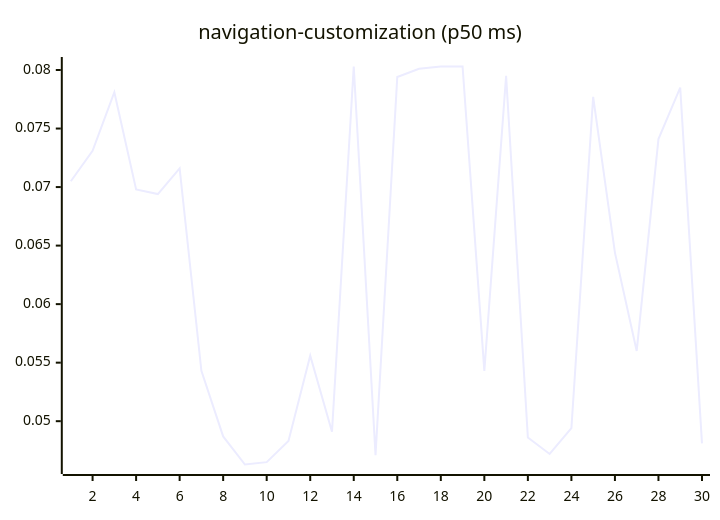
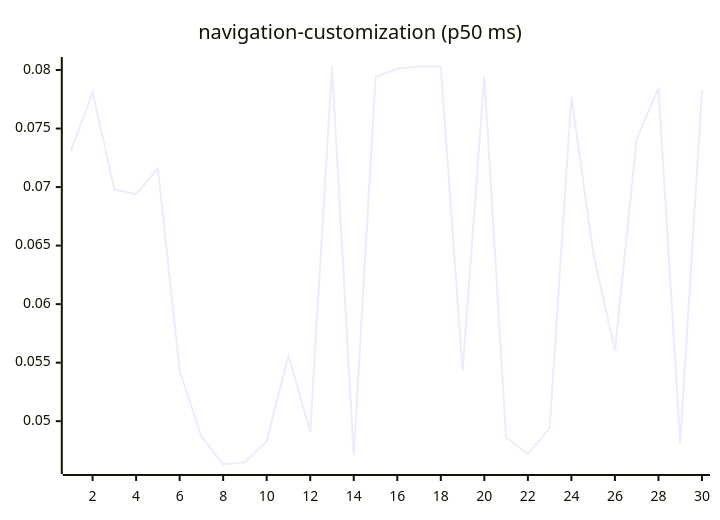
One commit to josha/Facet changed diagram 15 of 27 in README.md. Above: the diagram before and after it, drawn with Mermaid. The commit also changed other lines of this file and 2 other files, not shown here.

````diff
--- a/README.md
+++ b/README.md
@@ -161,6 +161,6 @@
 ```mermaid
 xychart-beta
     title "navigation-customization (p50 ms)"
     x-axis 1 --> 30
-    line [0.0705, 0.0731, 0.0781, 0.0698, 0.0694, 0.0716, 0.0543, 0.0487, 0.0463, 0.0465, 0.0483, 0.0556, 0.0491, 0.0803, 0.0471, 0.0794, 0.0801, 0.0803, 0.0803, 0.0543, 0.0795, 0.0486, 0.0472, 0.0494, 0.0777, 0.0644, 0.0560, 0.0741, 0.0785, 0.0481]
+    line [0.0731, 0.0781, 0.0698, 0.0694, 0.0716, 0.0543, 0.0487, 0.0463, 0.0465, 0.0483, 0.0556, 0.0491, 0.0803, 0.0471, 0.0794, 0.0801, 0.0803, 0.0803, 0.0543, 0.0795, 0.0486, 0.0472, 0.0494, 0.0777, 0.0644, 0.0560, 0.0741, 0.0785, 0.0481, 0.0783]
 ```
````
